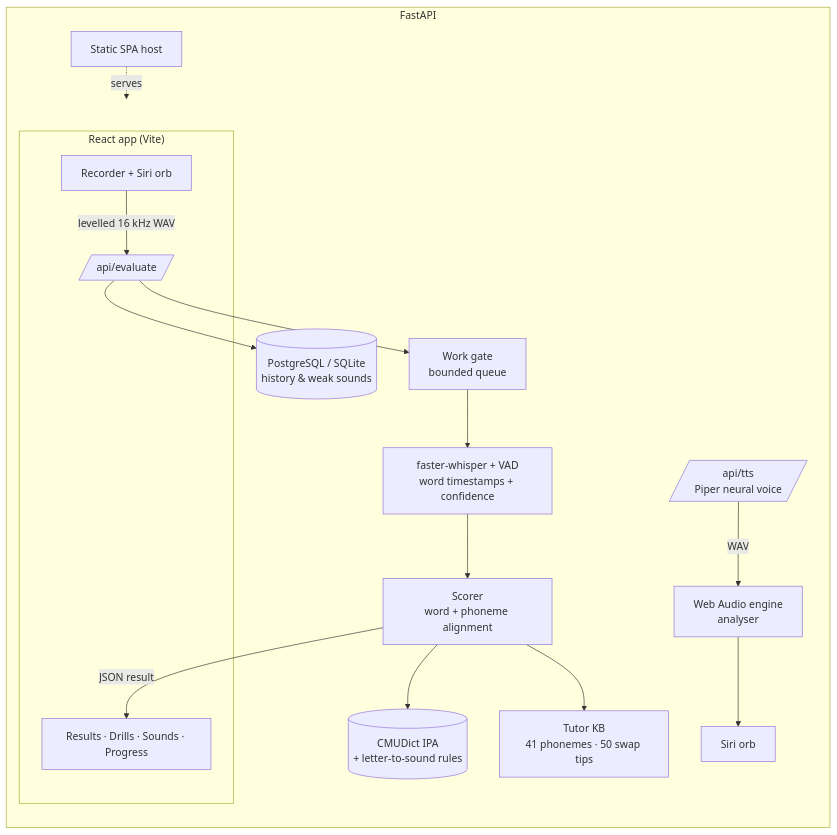
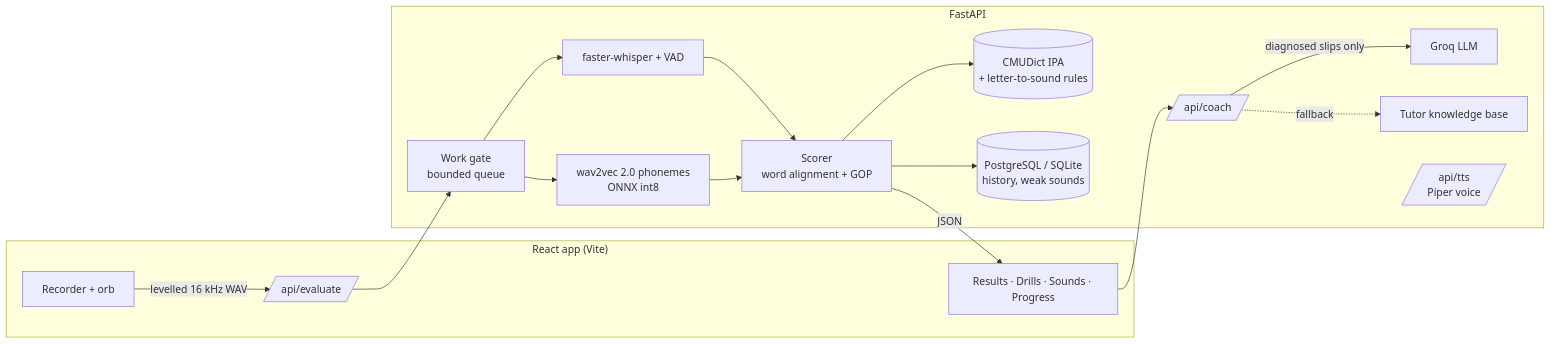
Before and after one commit to alimehdikhan/A.I-Pronunciation-Coach: the diagram in README.md, drawn with Mermaid. The commit also changed other lines of this file, not shown here.

````diff
--- a/README.md
+++ b/README.md
@@ -53,20 +96,23 @@
 ```mermaid
 flowchart LR
     subgraph Browser["React app (Vite)"]
-        Rec[Recorder + Siri orb] -->|levelled 16 kHz WAV| API
+        Rec[Recorder + orb] -->|levelled 16 kHz WAV| API
         UI[Results · Drills · Sounds · Progress]
     end
 
     subgraph Server["FastAPI"]
-        API[/api/evaluate/] --> Gate[Work gate<br/>bounded queue] --> Whisper[faster-whisper + VAD<br/>word timestamps + confidence]
-        Whisper --> Scorer[Scorer<br/>word + phoneme alignment]
+        API[/api/evaluate/] --> Gate[Work gate<br/>bounded queue]
+        Gate --> Whisper[faster-whisper + VAD]
+        Gate --> Phon[wav2vec 2.0 phonemes<br/>ONNX int8]
+        Whisper --> Scorer[Scorer<br/>word alignment + GOP]
+        Phon --> Scorer
         Scorer --> CMU[(CMUDict IPA<br/>+ letter-to-sound rules)]
-        Scorer --> Tutor[Tutor KB<br/>41 phonemes · 50 swap tips]
-        TTS[/api/tts<br/>Piper neural voice/] -->|WAV| Engine
-        Engine[Web Audio engine<br/>analyser] --> Orb[Siri orb]
-        API --> DB[(PostgreSQL / SQLite<br/>history & weak sounds)]
-        Static[Static SPA host] -.serves.-> Browser
+        Scorer --> DB[(PostgreSQL / SQLite<br/>history, weak sounds)]
+        Coach[/api/coach/] -->|diagnosed slips only| Groq[Groq LLM]
+        Coach -.fallback.-> KB[Tutor knowledge base]
+        TTS[/api/tts<br/>Piper voice/]
     end
 
-    Scorer -->|JSON result| UI
+    Scorer -->|JSON| UI
+    UI --> Coach
 ```
````
